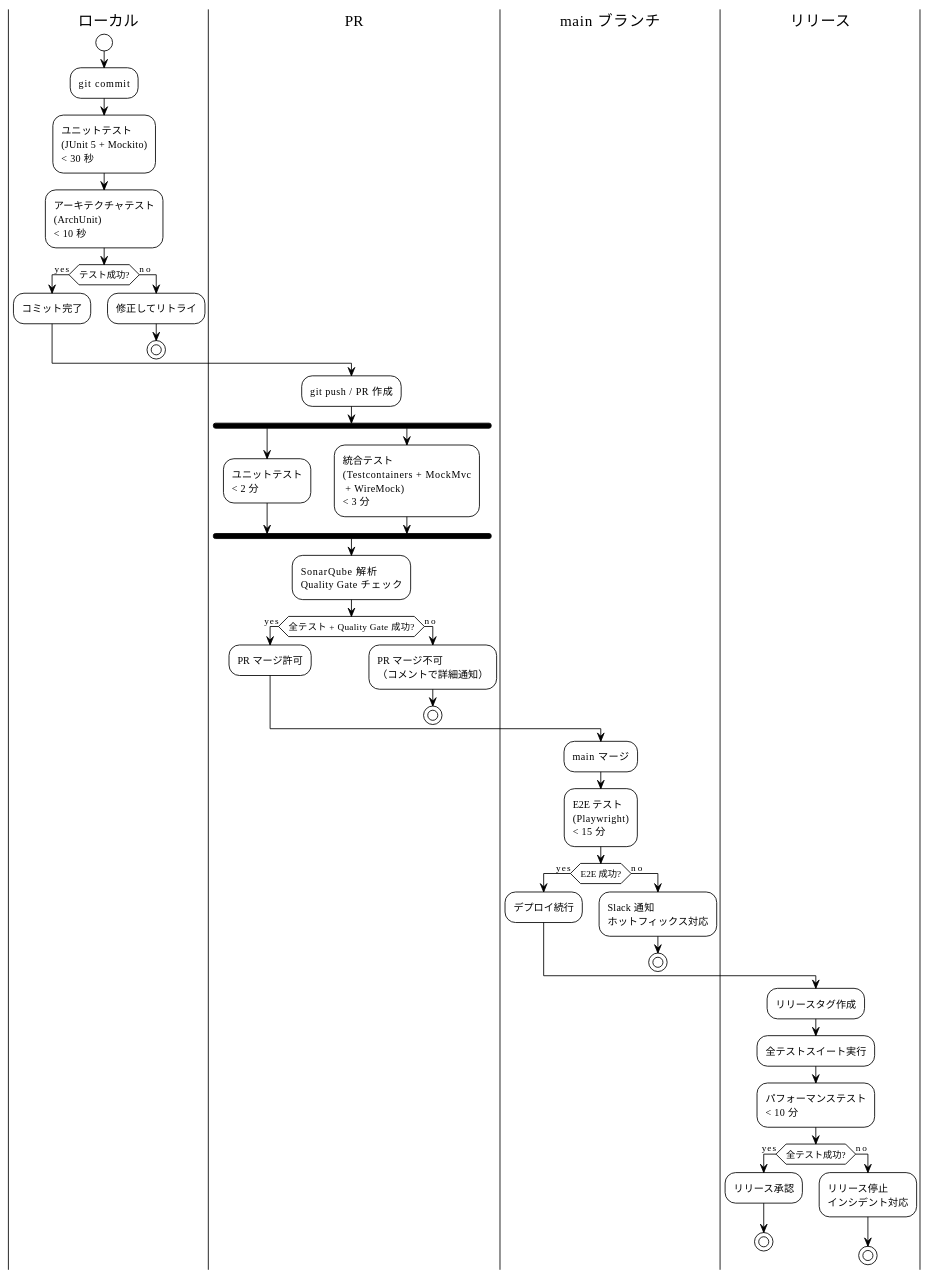
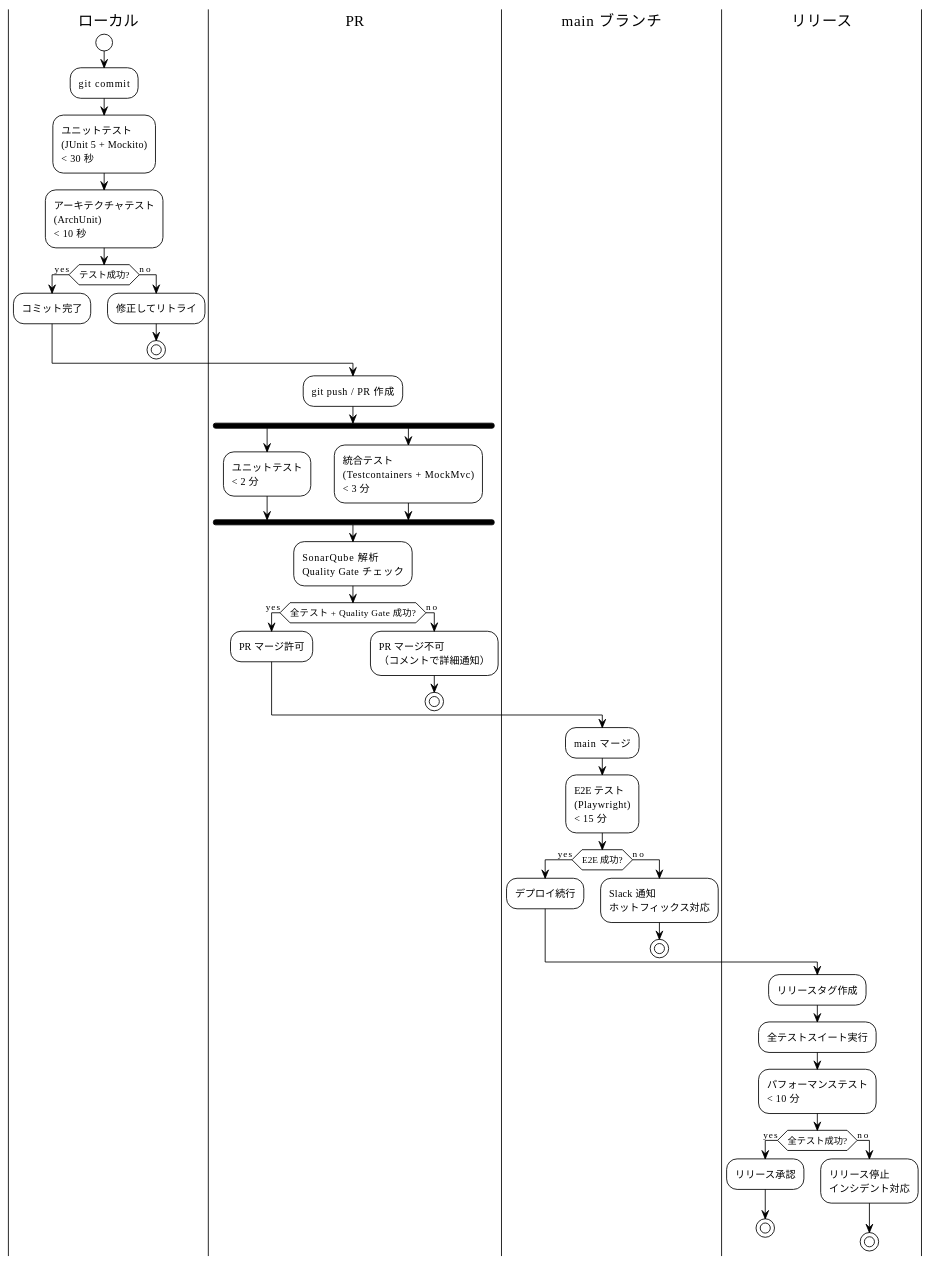
One commit to k2works/case-study-cargo-tracker changed the third of 4 diagrams in docs/design/test_strategy.md. Above: the diagram before and after it, drawn with PlantUML. The commit also changed other lines of this file, not shown here.

````diff
--- a/docs/design/test_strategy.md
+++ b/docs/design/test_strategy.md
@@ -909,55 +714,55 @@
 ```plantuml
 @startuml
 !theme plain
 
 |ローカル|
 start
 :git commit;
 :ユニットテスト\n(JUnit 5 + Mockito)\n< 30 秒;
 :アーキテクチャテスト\n(ArchUnit)\n< 10 秒;
 if (テスト成功?) then (yes)
   :コミット完了;
 else (no)
   :修正してリトライ;
   stop
 endif
 
 |PR|
 :git push / PR 作成;
 fork
   :ユニットテスト\n< 2 分;
 fork again
-  :統合テスト\n(Testcontainers + MockMvc\n + WireMock)\n< 3 分;
+  :統合テスト\n(Testcontainers + MockMvc)\n< 3 分;
 end fork
 :SonarQube 解析\nQuality Gate チェック;
 if (全テスト + Quality Gate 成功?) then (yes)
   :PR マージ許可;
 else (no)
   :PR マージ不可\n（コメントで詳細通知）;
   stop
 endif
 
 |main ブランチ|
 :main マージ;
 :E2E テスト\n(Playwright)\n< 15 分;
 if (E2E 成功?) then (yes)
   :デプロイ続行;
 else (no)
   :Slack 通知\nホットフィックス対応;
   stop
 endif
 
 |リリース|
 :リリースタグ作成;
 :全テストスイート実行;
 :パフォーマンステスト\n< 10 分;
 if (全テスト成功?) then (yes)
   :リリース承認;
   stop
 else (no)
   :リリース停止\nインシデント対応;
   stop
 endif
 
 @enduml
 ```
````
